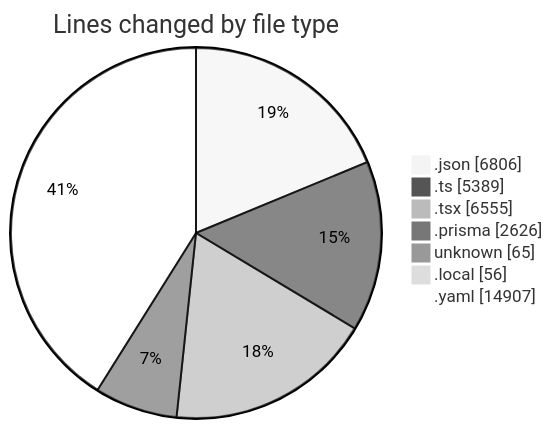
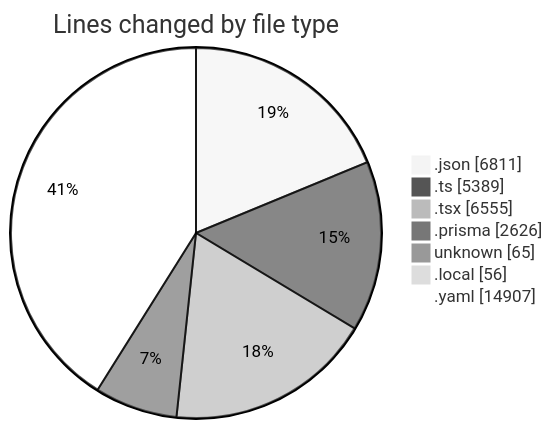
The first of 2 diagrams in 2025-05-15/ecodeli-1/README.md (CELIANVF/code-tracking), drawn with Mermaid (neutral theme) before and after one commit. The commit also changed other lines of this file and 1 other file, not shown here.

````diff
--- a/2025-05-15/ecodeli-1/README.md
+++ b/2025-05-15/ecodeli-1/README.md
@@ -56,11 +57,11 @@
 ```mermaid
 pie showData
 title Lines changed by file type
-".json" : 6806
+".json" : 6811
 ".ts" : 5389
 ".tsx" : 6555
 ".prisma" : 2626
 "unknown" : 65
 ".local" : 56
 ".yaml" : 14907
 ```
````
